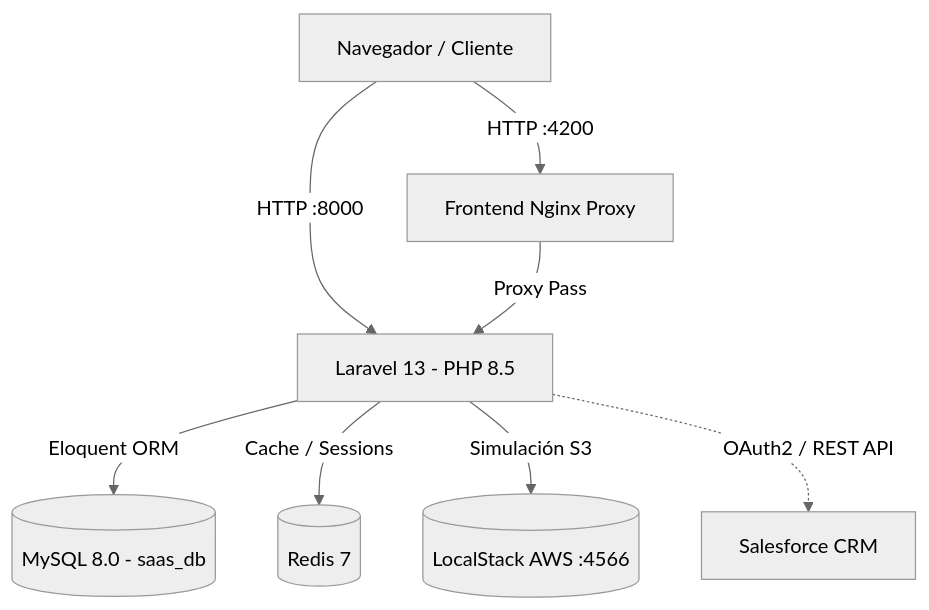
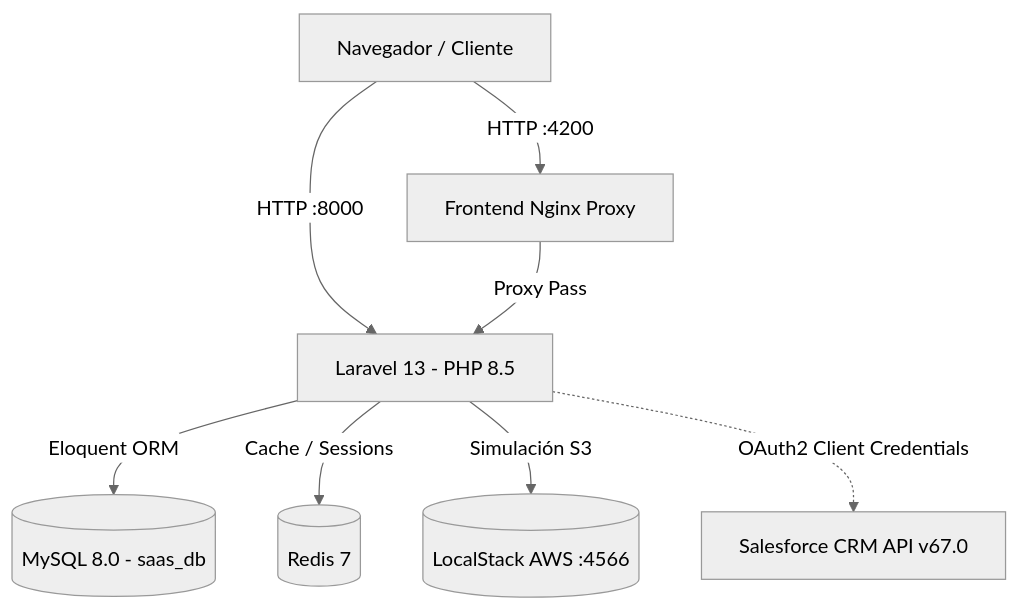
Before and after one commit to JoseCarlosMunozAlberti/Testing_saas-model_Docker: the diagram in README.md, drawn with Mermaid (neutral theme). The commit also changed other lines of this file and 1 other file, not shown here.

````diff
--- a/README.md
+++ b/README.md
@@ -17,10 +37,10 @@
 ```mermaid
 graph TD
     User[Navegador / Cliente] -->|HTTP :4200| Frontend[Frontend Nginx Proxy]
     User -->|HTTP :8000| App[Laravel 13 - PHP 8.5]
     Frontend -->|Proxy Pass| App
     App -->|Eloquent ORM| DB[(MySQL 8.0 - saas_db)]
     App -->|Cache / Sessions| Redis[(Redis 7)]
     App -->|Simulación S3| LocalStack[(LocalStack AWS :4566)]
-    App -.->|OAuth2 / REST API| Salesforce[Salesforce CRM]
+    App -.->|OAuth2 Client Credentials| Salesforce[Salesforce CRM API v67.0]
 ```
````
